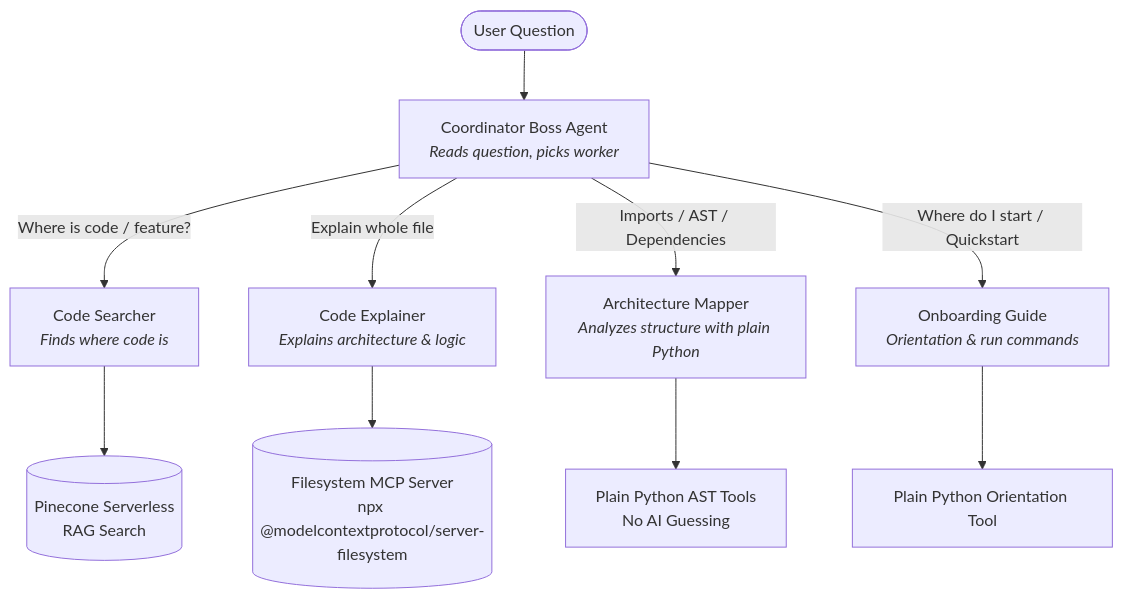
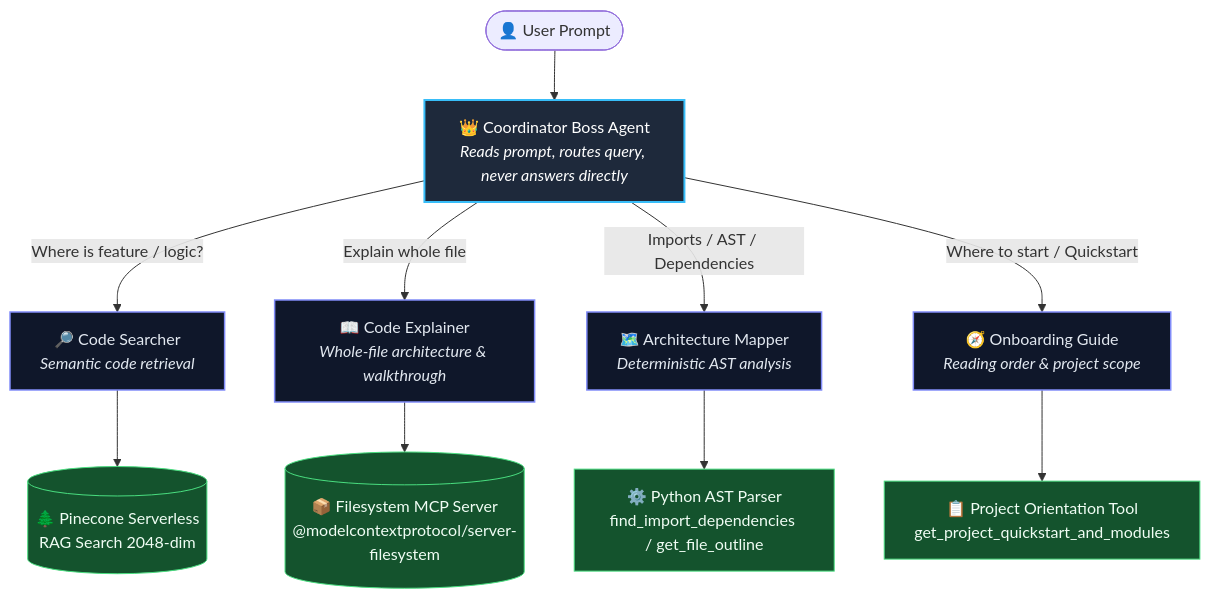
Before and after one commit to tanishka-jadhav/CODE-HELPER-: the diagram in README.md, drawn with Mermaid. The commit also changed other lines of this file, not shown here.

Commit message:
docs: redesign README with badges, architecture diagrams, benchmark showcase, and guide compliance

````diff
--- a/README.md
+++ b/README.md
@@ -21,14 +55,21 @@
 ```mermaid
-flowchart TD
-    User([User Question]) --> Boss[Coordinator Boss Agent<br/><i>Reads question, picks worker</i>]
+graph TD
+    User([👤 User Prompt]) --> Boss[👑 Coordinator Boss Agent<br/><i>Reads prompt, routes query, never answers directly</i>]
     
-    Boss -->|Where is code / feature?| W1[Code Searcher<br/><i>Finds where code is</i>]
-    Boss -->|Explain whole file| W2[Code Explainer<br/><i>Explains architecture & logic</i>]
-    Boss -->|Imports / AST / Dependencies| W3[Architecture Mapper<br/><i>Analyzes structure with plain Python</i>]
-    Boss -->|Where do I start / Quickstart| W4[Onboarding Guide<br/><i>Orientation & run commands</i>]
+    Boss -->|Where is feature / logic?| W1[🔎 Code Searcher<br/><i>Semantic code retrieval</i>]
+    Boss -->|Explain whole file| W2[📖 Code Explainer<br/><i>Whole-file architecture & walkthrough</i>]
+    Boss -->|Imports / AST / Dependencies| W3[🗺️ Architecture Mapper<br/><i>Deterministic AST analysis</i>]
+    Boss -->|Where to start / Quickstart| W4[🧭 Onboarding Guide<br/><i>Reading order & project scope</i>]
     
-    W1 --> T1[(Pinecone Serverless<br/>RAG Search)]
-    W2 --> T2[(Filesystem MCP Server<br/>npx @modelcontextprotocol/server-filesystem)]
-    W3 --> T3[Plain Python AST Tools<br/>No AI Guessing]
-    W4 --> T4[Plain Python Orientation Tool]
+    W1 --> T1[(🌲 Pinecone Serverless<br/>RAG Search 2048-dim)]
+    W2 --> T2[(📦 Filesystem MCP Server<br/>@modelcontextprotocol/server-filesystem)]
+    W3 --> T3[⚙️ Python AST Parser<br/>find_import_dependencies / get_file_outline]
+    W4 --> T4[📋 Project Orientation Tool<br/>get_project_quickstart_and_modules]
+
+    classDef boss fill:#1E293B,stroke:#38BDF8,stroke-width:2px,color:#FFFFFF;
+    classDef worker fill:#0F172A,stroke:#818CF8,stroke-width:1.5px,color:#E2E8F0;
+    classDef tool fill:#14532D,stroke:#4ADE80,stroke-width:1px,color:#F0FDF4;
+    class Boss boss;
+    class W1,W2,W3,W4 worker;
+    class T1,T2,T3,T4 tool;
 ```
````
